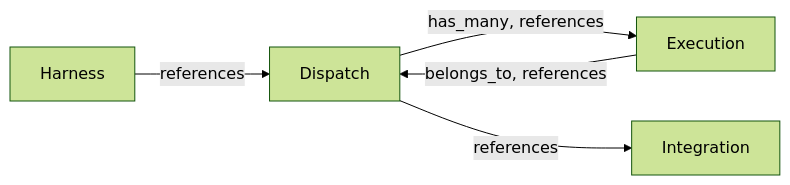
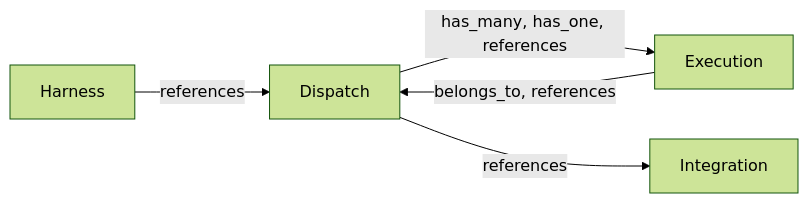
One commit to webgrip/unfold changed the first of 2 diagrams in docs/domain/overview.md. Above: the diagram before and after it, drawn with Mermaid (forest theme). The commit also changed other lines of this file and 30 other files, not shown here.

First line of the commit message:
docs(architecture): define unified execution and delivery authority

````diff
--- a/docs/domain/overview.md
+++ b/docs/domain/overview.md
@@ -18,11 +18,11 @@
 ```mermaid
 flowchart LR
     Dispatch["Dispatch"]
     Integration["Integration"]
     Execution["Execution"]
     Harness["Harness"]
-    Dispatch -->|has_many, references| Execution
+    Dispatch -->|has_many, has_one, references| Execution
     Dispatch -->|references| Integration
     Execution -->|belongs_to, references| Dispatch
     Harness -->|references| Dispatch
 ```
````
